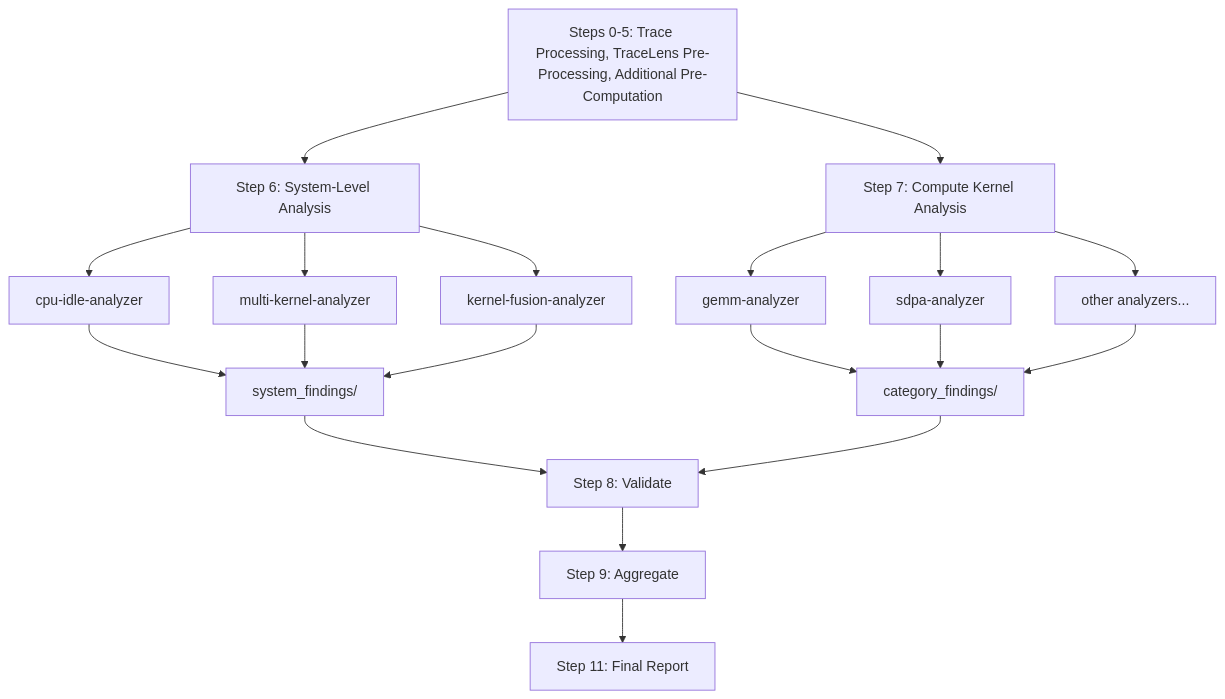
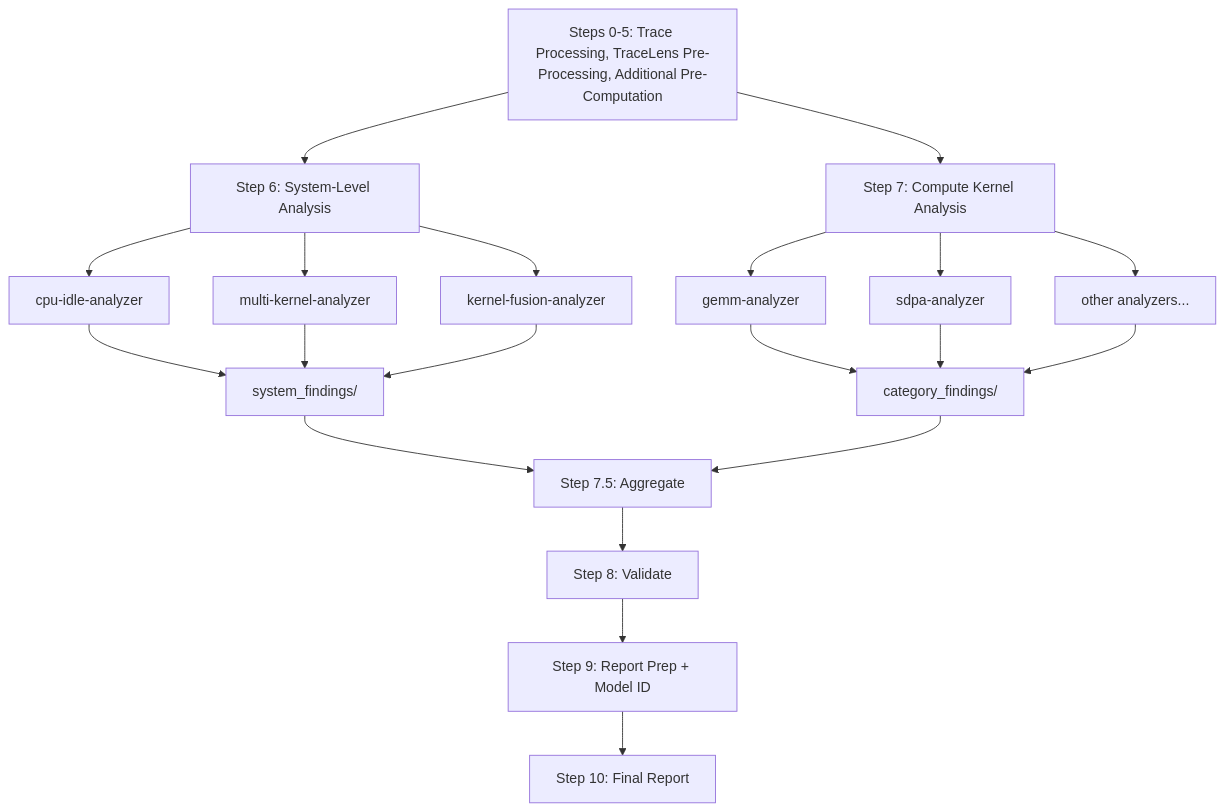
One commit to AMD-AGI/TraceLens changed the diagram in TraceLens/Agent/Analysis/README.md. Above: the diagram before and after it, drawn with Mermaid. The commit also changed other lines of this file and 5 other files, not shown here.

````diff
--- a/TraceLens/Agent/Analysis/README.md
+++ b/TraceLens/Agent/Analysis/README.md
@@ -250,25 +250,26 @@
 ```mermaid
 flowchart TD
     Prep["Steps 0-5: Trace Processing, TraceLens Pre-Processing, Additional Pre-Computation"]
     Prep --> Step6["Step 6: System-Level Analysis"]
     Prep --> Step7["Step 7: Compute Kernel Analysis"]
 
     Step6 --> CpuIdle["cpu-idle-analyzer"]
     Step6 --> MultiKernel["multi-kernel-analyzer"]
     Step6 --> KernelFusion["kernel-fusion-analyzer"]
     CpuIdle --> SysFindings["system_findings/"]
     MultiKernel --> SysFindings
     KernelFusion --> SysFindings
 
     Step7 --> Gemm["gemm-analyzer"]
     Step7 --> Sdpa["sdpa-analyzer"]
     Step7 --> Others["other analyzers..."]
     Gemm --> CatFindings["category_findings/"]
     Sdpa --> CatFindings
     Others --> CatFindings
 
-    SysFindings --> Step8["Step 8: Validate"]
-    CatFindings --> Step8
-    Step8 --> Step9["Step 9: Aggregate"]
-    Step9 --> Step11["Step 11: Final Report"]
+    SysFindings --> Agg["Step 7.5: Aggregate"]
+    CatFindings --> Agg
+    Agg --> Step8["Step 8: Validate"]
+    Step8 --> Step9["Step 9: Report Prep + Model ID"]
+    Step9 --> Step10["Step 10: Final Report"]
 ```
````
